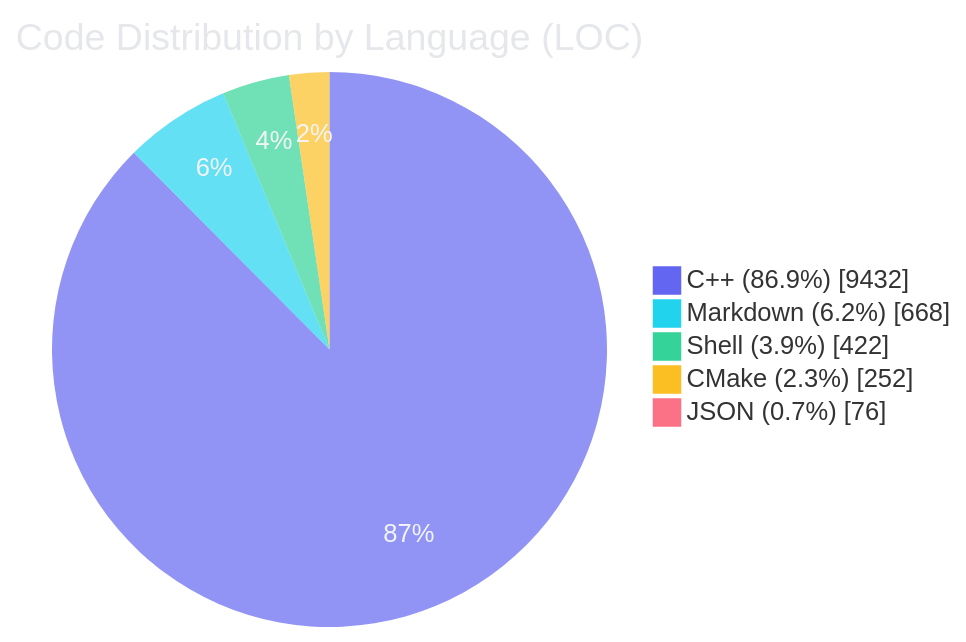
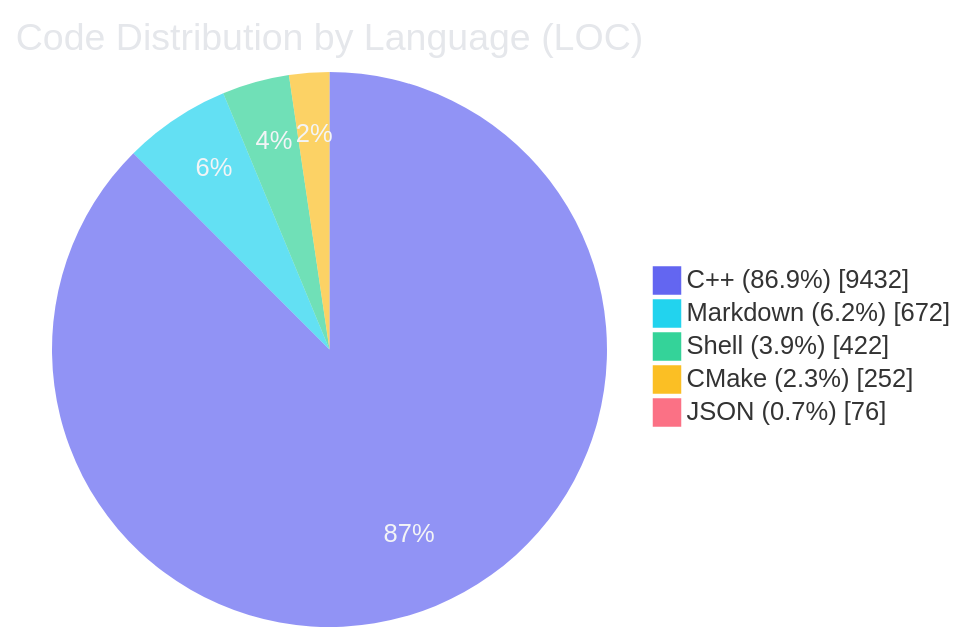
Before and after one commit to sublimit1736/term4k_sub: the diagram in README.md, drawn with Mermaid. The commit also changed other lines of this file and 2 other files, not shown here.

Commit message:
docs: update README code statistics

````diff
--- a/README.md
+++ b/README.md
@@ -49,10 +49,10 @@
 ```mermaid
 %%{init: {'theme': 'base', 'themeVariables': {'fontFamily': 'Fira Code, JetBrains Mono, Source Code Pro, Cascadia Code, Menlo, Consolas, monospace', 'pieTitleTextColor': '#e5e7eb', 'pieSectionTextColor': '#f3f4f6', 'pieOuterStrokeColor': 'transparent', 'pieOuterStrokeWidth': '0px', 'pieStrokeColor': 'transparent', 'pieStrokeWidth': '0px', 'pie1': '#6366f1', 'pie2': '#22d3ee', 'pie3': '#34d399', 'pie4': '#fbbf24', 'pie5': '#fb7185', 'pie6': '#a78bfa'}}}%%
 pie showData
     title Code Distribution by Language (LOC)
     "C++ (86.9%)" : 9432
-    "Markdown (6.2%)" : 668
+    "Markdown (6.2%)" : 672
     "Shell (3.9%)" : 422
     "CMake (2.3%)" : 252
     "JSON (0.7%)" : 76
 ```
````
